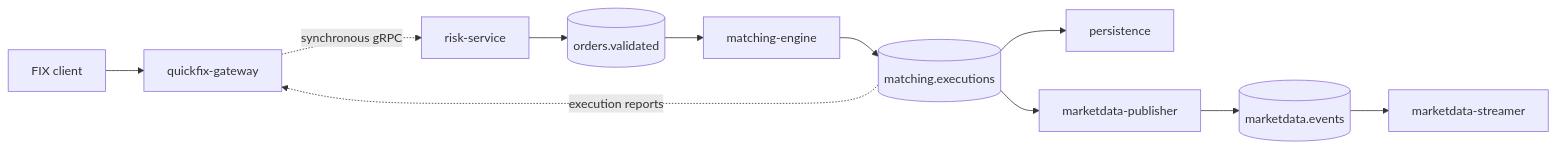
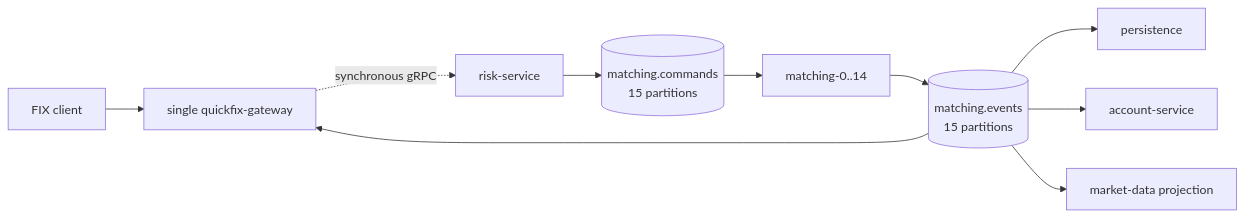
Before and after one commit to WenHsuanYu/SimpleMatch: the second of 2 diagrams in services/docs/architecture/system-boundaries.md, drawn with Mermaid. The commit also changed other lines of this file and 23 other files, not shown here.

First line of the commit message:
Define Phase 1 trading architecture

````diff
--- a/services/docs/architecture/system-boundaries.md
+++ b/services/docs/architecture/system-boundaries.md
@@ -24,13 +62,12 @@
 ```mermaid
 flowchart LR
-  Client[FIX client] --> Gateway[quickfix-gateway]
+  Client[FIX client] --> Gateway[single quickfix-gateway]
   Gateway -. synchronous gRPC .-> Risk[risk-service]
-  Risk --> Validated[(orders.validated)]
-  Validated --> Matching[matching-engine]
-  Matching --> Executions[(matching.executions)]
-  Executions --> Persistence[persistence]
-  Executions --> Publisher[marketdata-publisher]
-  Publisher --> MarketData[(marketdata.events)]
-  MarketData --> Streamer[marketdata-streamer]
-  Executions -. execution reports .-> Gateway
+  Risk --> Commands[(matching.commands<br/>15 partitions)]
+  Commands --> Fleet[matching-0..14]
+  Fleet --> Events[(matching.events<br/>15 partitions)]
+  Events --> Persistence[persistence]
+  Events --> Account[account-service]
+  Events --> Gateway
+  Events --> Projection[market-data projection]
 ```
````
